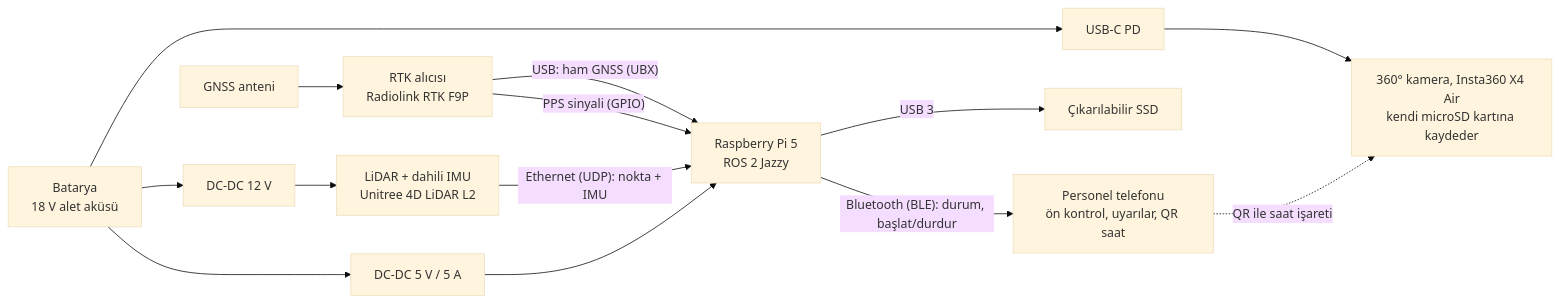
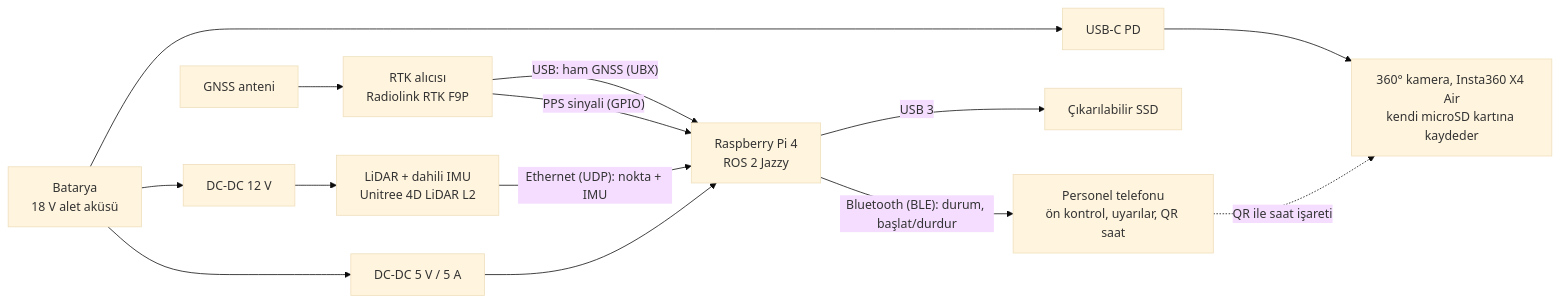
Before and after one commit to yusuftiryaki/orchadOS: the diagram in docs/tarama-kiti.md, drawn with Mermaid (base theme). The commit also changed other lines of this file and 10 other files, not shown here.

````diff
--- a/docs/tarama-kiti.md
+++ b/docs/tarama-kiti.md
@@ -15,16 +15,16 @@
 ```mermaid
 flowchart LR
     BAT["Batarya<br/>18 V alet aküsü"] --> DC12["DC-DC 12 V"]
     BAT --> DC5["DC-DC 5 V / 5 A"]
     BAT --> PD["USB-C PD"]
     ANT["GNSS anteni"] --> F9P["RTK alıcısı<br/>Radiolink RTK F9P"]
-    F9P -- "USB: ham GNSS (UBX)" --> PI["Raspberry Pi 5<br/>ROS 2 Jazzy"]
+    F9P -- "USB: ham GNSS (UBX)" --> PI["Raspberry Pi 4<br/>ROS 2 Jazzy"]
     F9P -- "PPS sinyali (GPIO)" --> PI
     LID["LiDAR + dahili IMU<br/>Unitree 4D LiDAR L2"] -- "Ethernet (UDP): nokta + IMU" --> PI
     DC12 --> LID
     DC5 --> PI
     PI -- "USB 3" --> SSD["Çıkarılabilir SSD"]
     PI -- "Bluetooth (BLE): durum, başlat/durdur" --> TEL["Personel telefonu<br/>ön kontrol, uyarılar, QR saat"]
     PD --> CAM["360° kamera, Insta360 X4 Air<br/>kendi microSD kartına kaydeder"]
     TEL -. "QR ile saat işareti" .-> CAM
 ```
````
